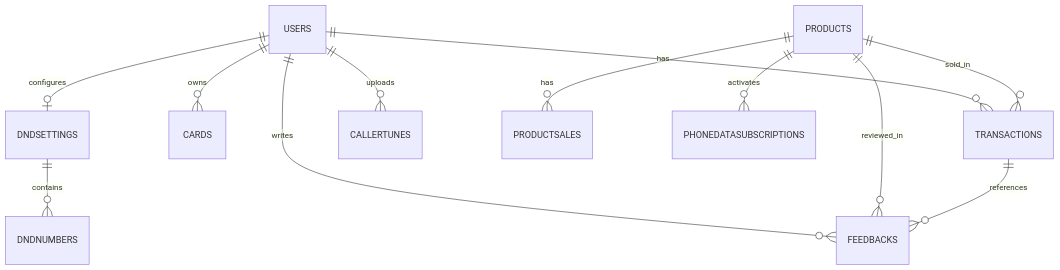
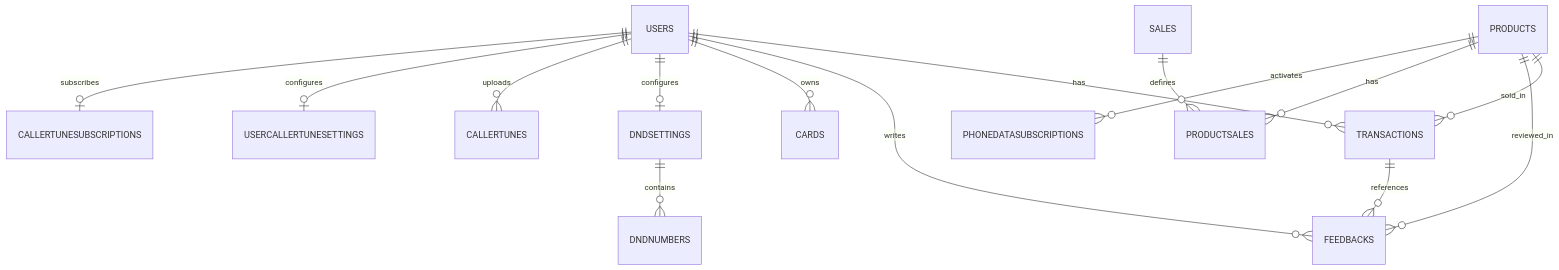
Before and after one commit to phuchoang0167/Online_Mobile_Recharge: the diagram in doc/database/DATABASE_DIAGRAM.mmd, drawn with Mermaid. The commit also changed 7 other files, not shown here.

First line of the commit message:
Update flowcharts, ER diagrams, and docs for PayPal & schema

```diff
--- a/doc/database/DATABASE_DIAGRAM.mmd
+++ b/doc/database/DATABASE_DIAGRAM.mmd
@@ -1,12 +1,15 @@
 erDiagram
     USERS ||--o{ TRANSACTIONS : has
     USERS ||--o{ FEEDBACKS : writes
     USERS ||--o{ CARDS : owns
     USERS ||--o| DNDSETTINGS : configures
     DNDSETTINGS ||--o{ DNDNUMBERS : contains
     USERS ||--o{ CALLERTUNES : uploads
+    USERS ||--o| USERCALLERTUNESETTINGS : configures
+    USERS ||--o| CALLERTUNESUBSCRIPTIONS : subscribes
     PRODUCTS ||--o{ TRANSACTIONS : sold_in
     PRODUCTS ||--o{ FEEDBACKS : reviewed_in
     PRODUCTS ||--o{ PRODUCTSALES : has
     TRANSACTIONS ||--o{ FEEDBACKS : references
     PRODUCTS ||--o{ PHONEDATASUBSCRIPTIONS : activates
+    SALES ||--o{ PRODUCTSALES : defines
```
